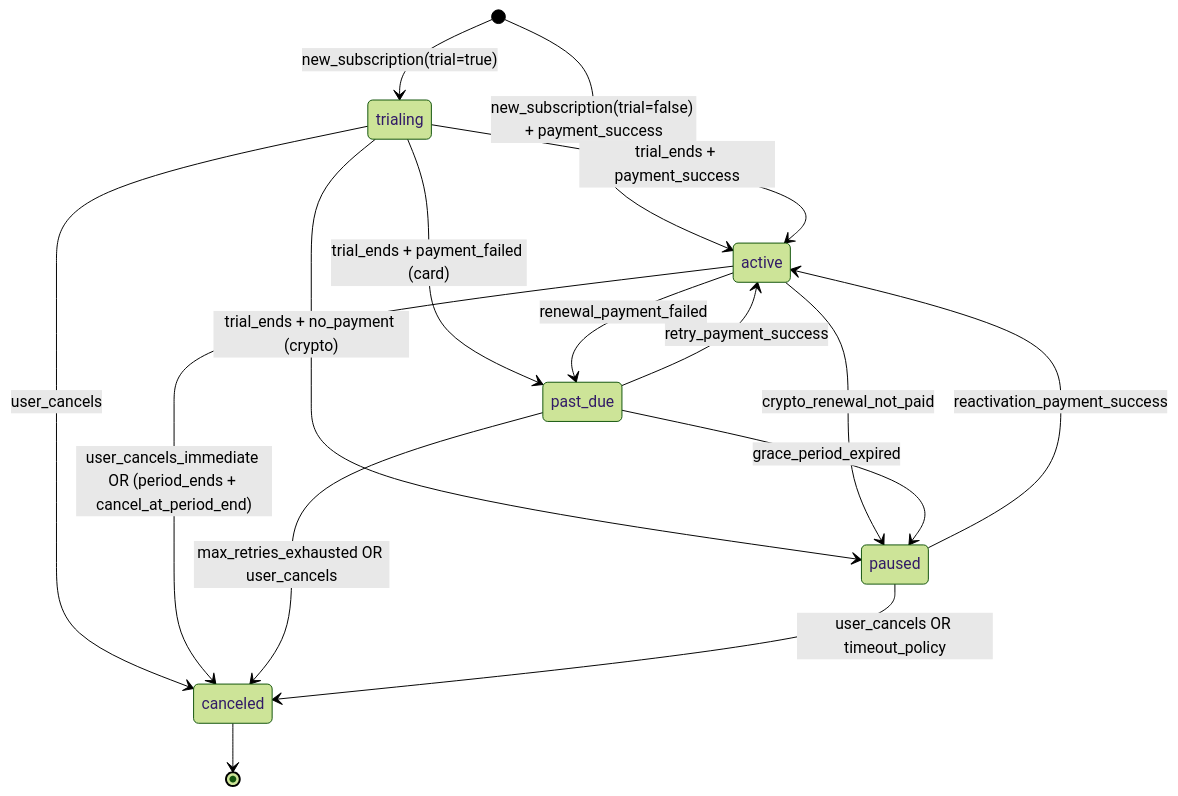
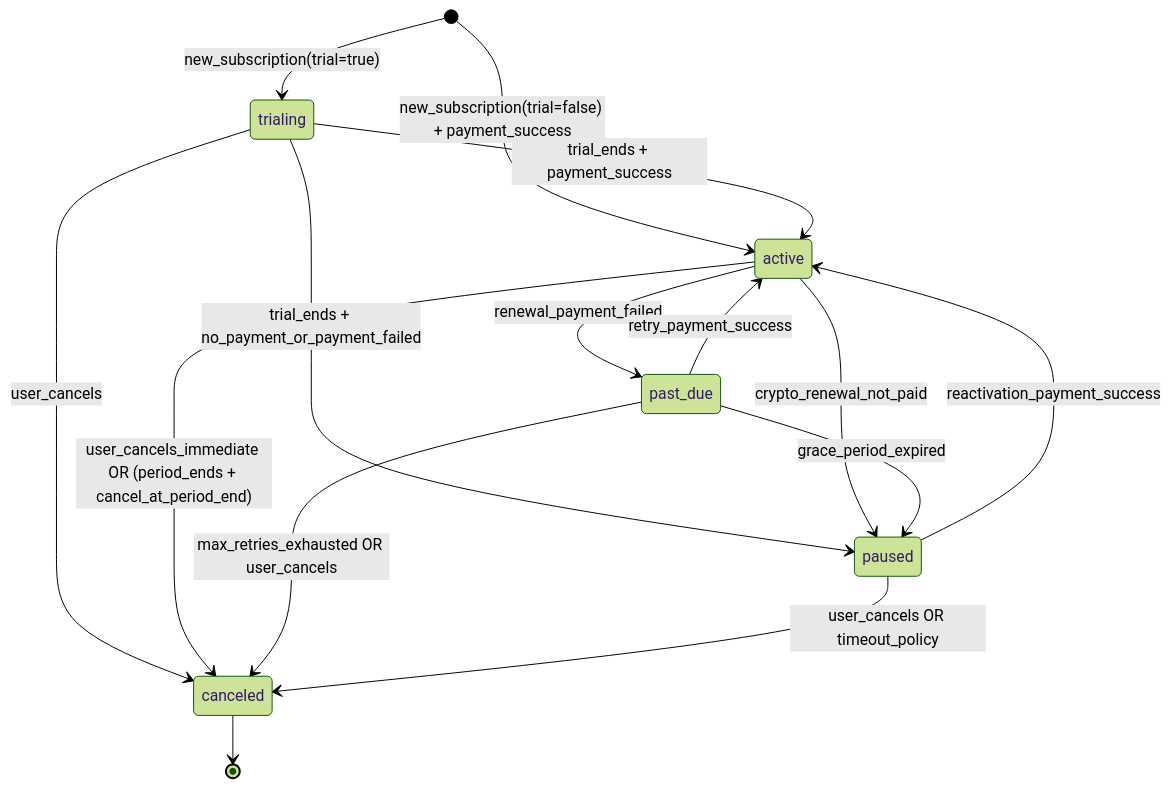
Before and after one commit to sssemil/dokustatus: the first of 5 diagrams in docs/billing/STATE_MACHINES.md, drawn with Mermaid (forest theme). The commit also changed other lines of this file and 5 other files, not shown here.

````diff
--- a/docs/billing/STATE_MACHINES.md
+++ b/docs/billing/STATE_MACHINES.md
@@ -9,23 +9,22 @@
 ```mermaid
 stateDiagram-v2
     [*] --> trialing: new_subscription(trial=true)
     [*] --> active: new_subscription(trial=false) + payment_success
 
     trialing --> active: trial_ends + payment_success
-    trialing --> paused: trial_ends + no_payment (crypto)
-    trialing --> past_due: trial_ends + payment_failed (card)
+    trialing --> paused: trial_ends + no_payment_or_payment_failed
     trialing --> canceled: user_cancels
 
     active --> past_due: renewal_payment_failed
     active --> paused: crypto_renewal_not_paid
     active --> canceled: user_cancels_immediate OR (period_ends + cancel_at_period_end)
 
     past_due --> active: retry_payment_success
     past_due --> paused: grace_period_expired
     past_due --> canceled: max_retries_exhausted OR user_cancels
 
     paused --> active: reactivation_payment_success
     paused --> canceled: user_cancels OR timeout_policy
 
     canceled --> [*]
 ```
````
